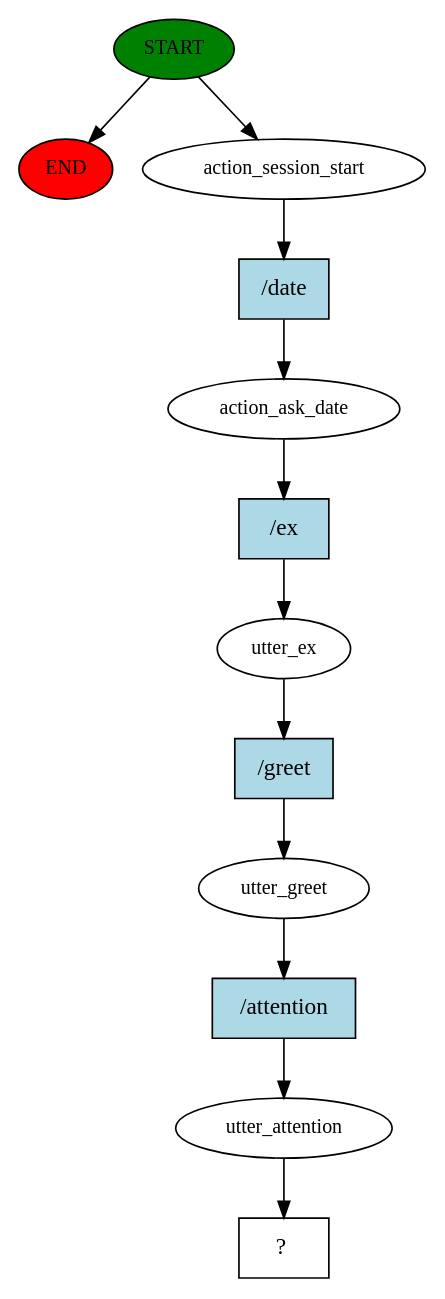
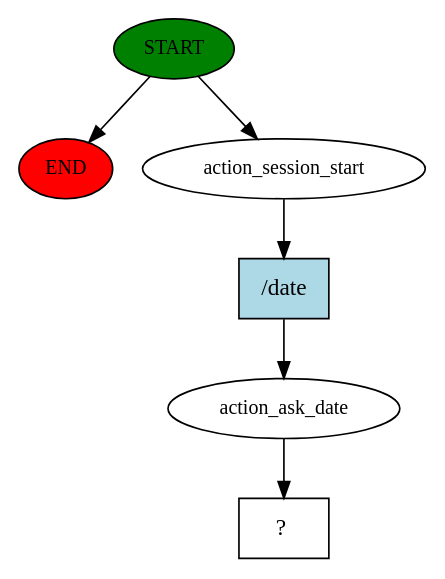
Before and after one commit to Syun1208/smart-menu-application: the diagram in story_graph.dot, drawn with Graphviz. The commit also changed 31 other files, not shown here.

```diff
--- a/story_graph.dot
+++ b/story_graph.dot
@@ -1,25 +1,13 @@
 digraph  {
 0 [class="start active", fillcolor=green, fontsize=12, label=START, style=filled];
 "-1" [class=end, fillcolor=red, fontsize=12, label=END, style=filled];
 1 [class=active, fontsize=12, label=action_session_start];
 2 [class=active, fontsize=12, label=action_ask_date];
-3 [class=active, fontsize=12, label=utter_ex];
-4 [class=active, fontsize=12, label=utter_greet];
-5 [class=active, fontsize=12, label=utter_attention];
-6 [class="intent dashed active", label="  ?  ", shape=rect];
-7 [class="intent active", fillcolor=lightblue, label="/date", shape=rect, style=filled];
-8 [class="intent active", fillcolor=lightblue, label="/ex", shape=rect, style=filled];
-9 [class="intent active", fillcolor=lightblue, label="/greet", shape=rect, style=filled];
-10 [class="intent active", fillcolor=lightblue, label="/attention", shape=rect, style=filled];
+3 [class="intent dashed active", label="  ?  ", shape=rect];
+4 [class="intent active", fillcolor=lightblue, label="/date", shape=rect, style=filled];
 0 -> "-1"  [class="", key=NONE, label=""];
 0 -> 1  [class=active, key=NONE, label=""];
-1 -> 7  [class=active, key=0];
-2 -> 8  [class=active, key=0];
-3 -> 9  [class=active, key=0];
-4 -> 10  [class=active, key=0];
-5 -> 6  [class=active, key=NONE, label=""];
-7 -> 2  [class=active, key=0];
-8 -> 3  [class=active, key=0];
-9 -> 4  [class=active, key=0];
-10 -> 5  [class=active, key=0];
+1 -> 4  [class=active, key=0];
+2 -> 3  [class=active, key=NONE, label=""];
+4 -> 2  [class=active, key=0];
 }
```
